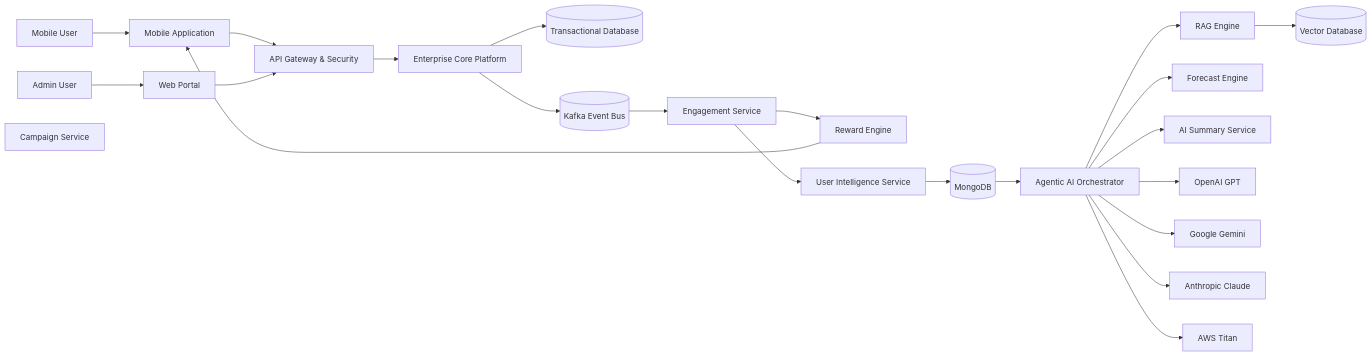
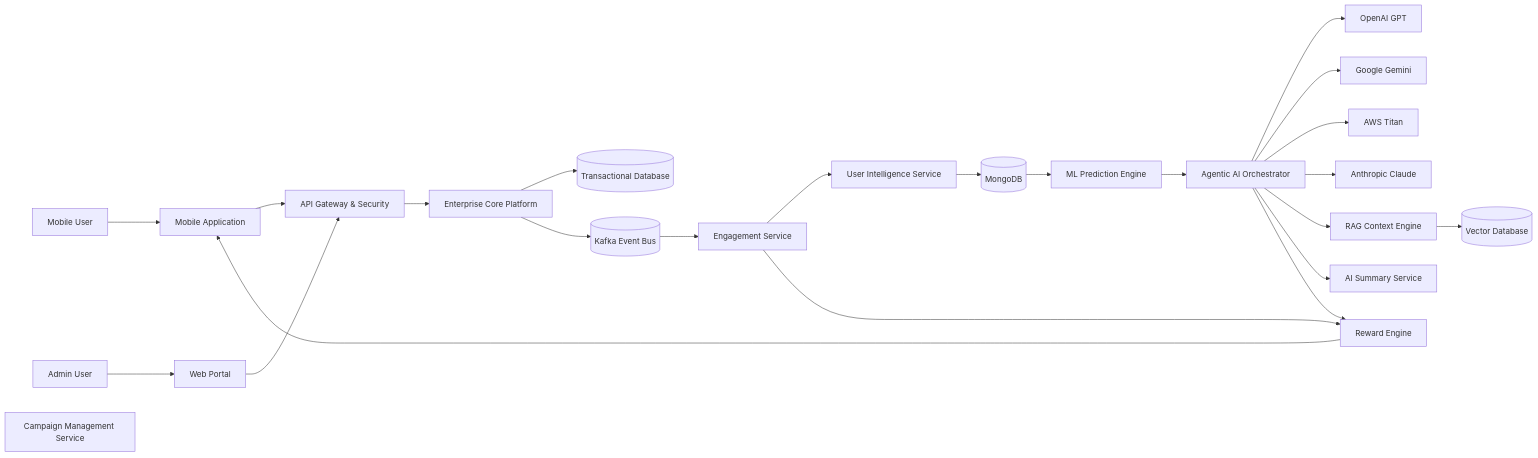
The first of 3 diagrams in README.md (NiteshSingh-Luckyperson/enterprise-agentic-ai-platform), drawn with Mermaid before and after one commit. The commit also changed other lines of this file, not shown here.

````diff
--- a/README.md
+++ b/README.md
@@ -90,76 +134,77 @@
 ```mermaid
 flowchart LR
 
 %% USERS
 U[Mobile User]
 A[Admin User]
 
 %% CHANNELS
 APP[Mobile Application]
 WEB[Web Portal]
-
-%% GATEWAY
 API[API Gateway & Security]
 
 %% CORE PLATFORM
 CORE[Enterprise Core Platform]
 DB[(Transactional Database)]
 
-%% EVENT STREAMING
+%% EVENT BUS
 KAFKA[(Kafka Event Bus)]
 
-%% MICROSERVICES
+%% SERVICES
 ENG[Engagement Service]
 REWARD[Reward Engine]
 PROFILE[User Intelligence Service]
-CAMPAIGN[Campaign Service]
+CAMPAIGN[Campaign Management Service]
 
 %% AI PLATFORM
 AI[Agentic AI Orchestrator]
-RAG[RAG Engine]
+ML[ML Prediction Engine]
+RAG[RAG Context Engine]
 VECTOR[(Vector Database)]
-FORECAST[Forecast Engine]
 SUMMARY[AI Summary Service]
 
-%% EXTERNAL AI
+%% EXTERNAL LLMs
 GPT[OpenAI GPT]
 GEMINI[Google Gemini]
+TITAN[AWS Titan]
 CLAUDE[Anthropic Claude]
-TITAN[AWS Titan]
 
 %% STORAGE
 MONGO[(MongoDB)]
 
 %% FLOW
 U --> APP
 A --> WEB
 
 APP --> API
 WEB --> API
 
 API --> CORE
 CORE --> DB
 
 CORE --> KAFKA
 
 KAFKA --> ENG
+
+ENG --> PROFILE
 ENG --> REWARD
-ENG --> PROFILE
 
 PROFILE --> MONGO
 
-MONGO --> AI
+MONGO --> ML
+ML --> AI
+
+AI --> GPT
+AI --> GEMINI
+AI --> TITAN
+AI --> CLAUDE
 
 AI --> RAG
 RAG --> VECTOR
 
-AI --> FORECAST
 AI --> SUMMARY
 
-AI --> GPT
-AI --> GEMINI
-AI --> CLAUDE
-AI --> TITAN
+AI --> REWARD
 
 REWARD --> APP
 ```
````
